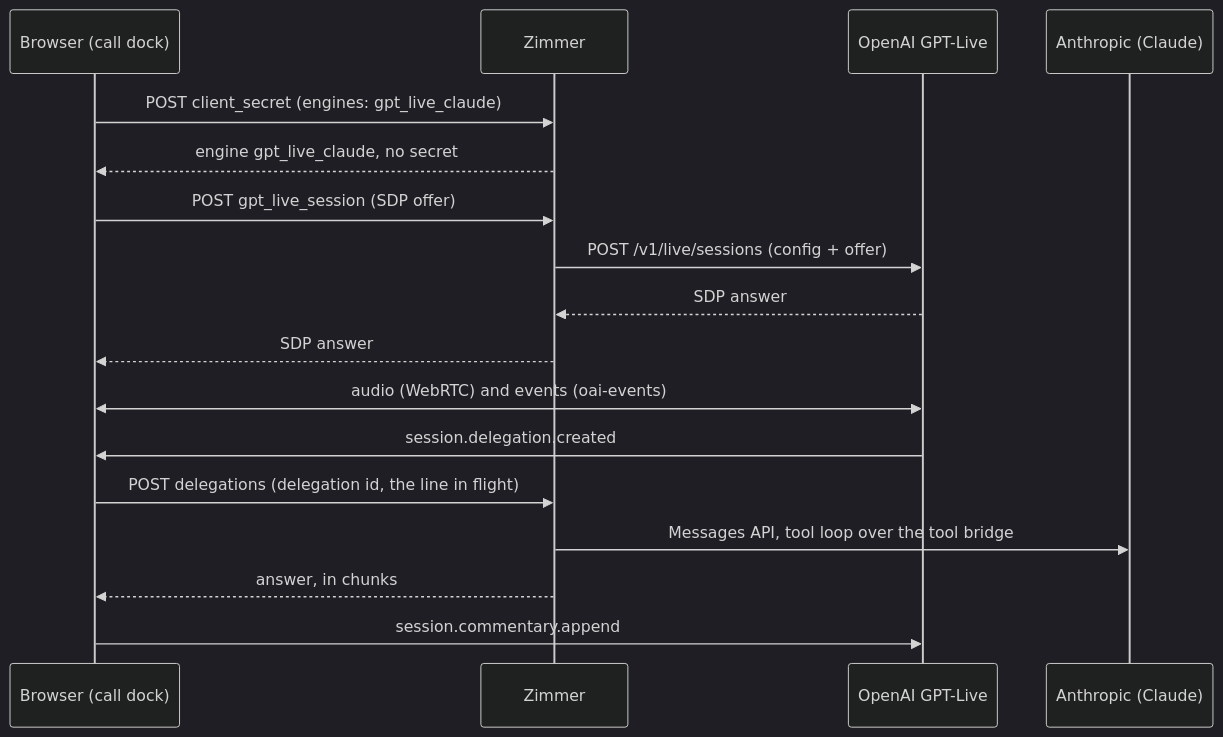
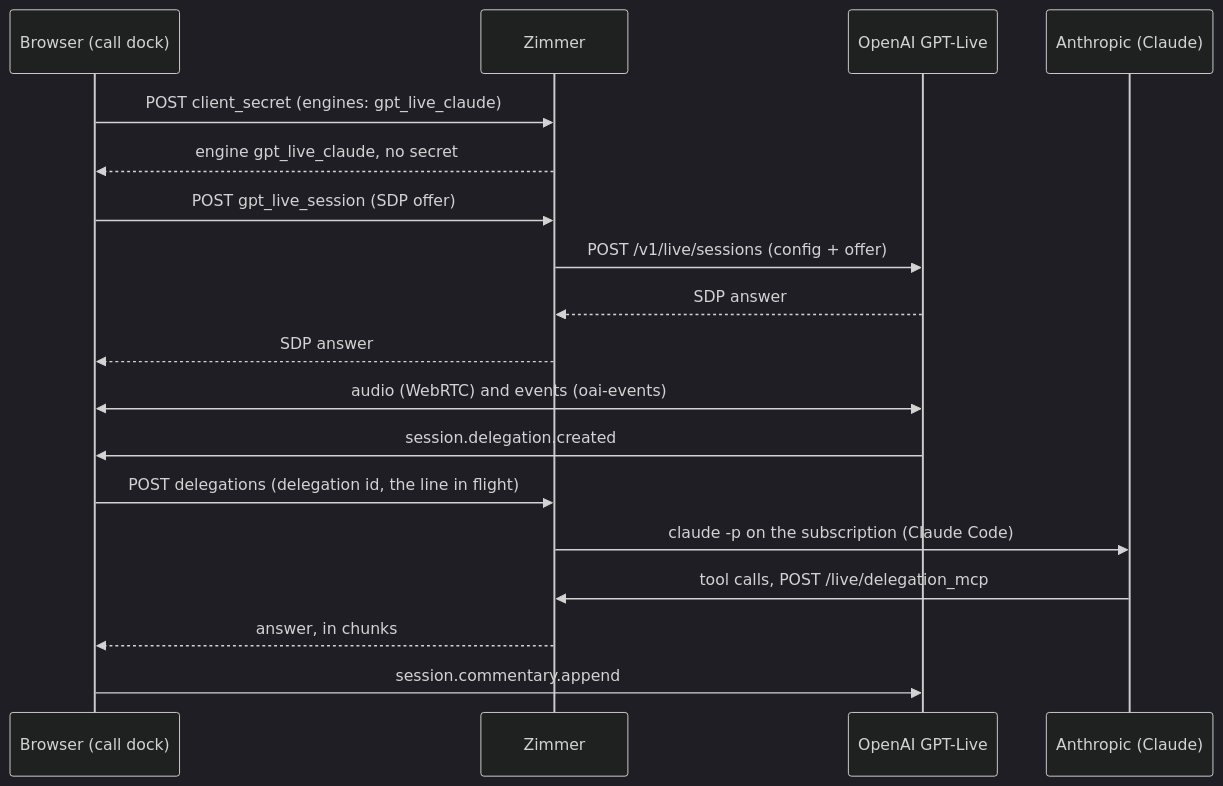
The second of 2 diagrams in docs/src/content/docs/sessions/live.md (tadasant/zimmer), drawn with Mermaid (dark theme) before and after one commit. The commit also changed other lines of this file and 17 other files, not shown here.

````diff
--- a/docs/src/content/docs/sessions/live.md
+++ b/docs/src/content/docs/sessions/live.md
@@ -857,19 +857,20 @@
 ```mermaid
 sequenceDiagram
   participant B as Browser (call dock)
   participant Z as Zimmer
   participant G as OpenAI GPT-Live
   participant C as Anthropic (Claude)
   B->>Z: POST client_secret (engines: gpt_live_claude)
   Z-->>B: engine gpt_live_claude, no secret
   B->>Z: POST gpt_live_session (SDP offer)
   Z->>G: POST /v1/live/sessions (config + offer)
   G-->>Z: SDP answer
   Z-->>B: SDP answer
   B<<->>G: audio (WebRTC) and events (oai-events)
   G->>B: session.delegation.created
   B->>Z: POST delegations (delegation id, the line in flight)
-  Z->>C: Messages API, tool loop over the tool bridge
+  Z->>C: claude -p on the subscription (Claude Code)
+  C->>Z: tool calls, POST /live/delegation_mcp
   Z-->>B: answer, in chunks
   B->>G: session.commentary.append
 ```
````
